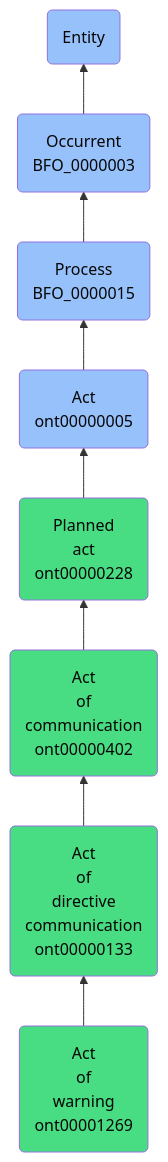
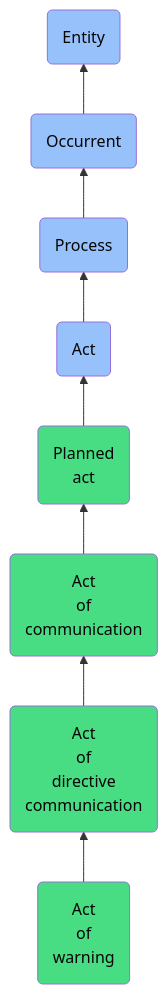
The diagram in docs/ontology/reference/model/Entity/Occurrent/Process/Act/Planned act/Act of communication/Act of directive communication/Act of warning/Act of warning.md (jupyter-naas/abi), drawn with Mermaid before and after one commit. The commit also changed other lines of this file and 1430 other files, not shown here.

````diff
--- a/docs/ontology/reference/model/Entity/Occurrent/Process/Act/Planned act/Act of communication/Act of directive communication/Act of warning/Act of warning.md
+++ b/docs/ontology/reference/model/Entity/Occurrent/Process/Act/Planned act/Act of communication/Act of directive communication/Act of warning/Act of warning.md
@@ -24,15 +24,15 @@
 ```mermaid
 graph BT
-    ont00001269(Act<br>of<br>warning<br>ont00001269):::ABI-->ont00000133
-    ont00000133(Act<br>of<br>directive<br>communication<br>ont00000133):::ABI-->ont00000402
-    ont00000402(Act<br>of<br>communication<br>ont00000402):::ABI-->ont00000228
-    ont00000228(Planned<br>act<br>ont00000228):::ABI-->ont00000005
-    ont00000005(Act<br>ont00000005):::BFO-->BFO_0000015
-    BFO_0000015(Process<br>BFO_0000015):::BFO-->BFO_0000003
-    BFO_0000003(Occurrent<br>BFO_0000003):::BFO-->BFO_0000001
+    ont00001269(Act<br>of<br>warning):::ABI-->ont00000133
+    ont00000133(Act<br>of<br>directive<br>communication):::ABI-->ont00000402
+    ont00000402(Act<br>of<br>communication):::ABI-->ont00000228
+    ont00000228(Planned<br>act):::ABI-->ont00000005
+    ont00000005(Act):::BFO-->BFO_0000015
+    BFO_0000015(Process):::BFO-->BFO_0000003
+    BFO_0000003(Occurrent):::BFO-->BFO_0000001
     BFO_0000001(Entity):::BFO
     
     classDef BFO fill:#97c1fb,color:#060606
     classDef CCO fill:#e4c51e,color:#060606
     classDef ABI fill:#48DD82,color:#060606
 ```
````
